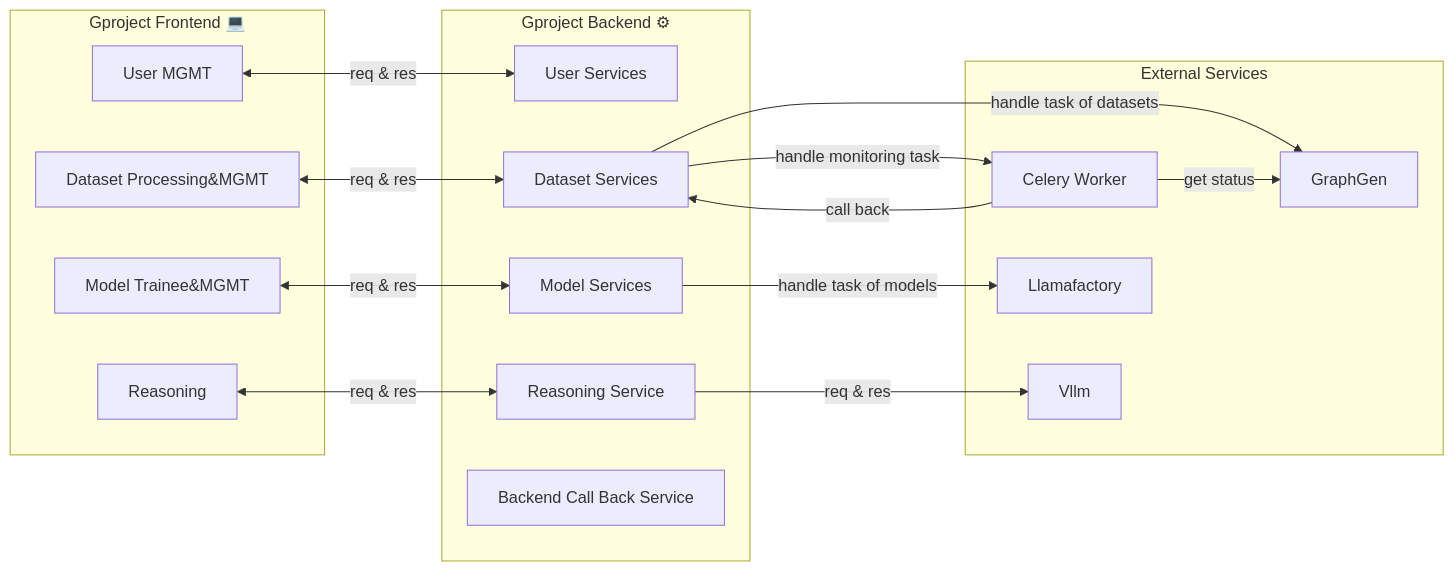
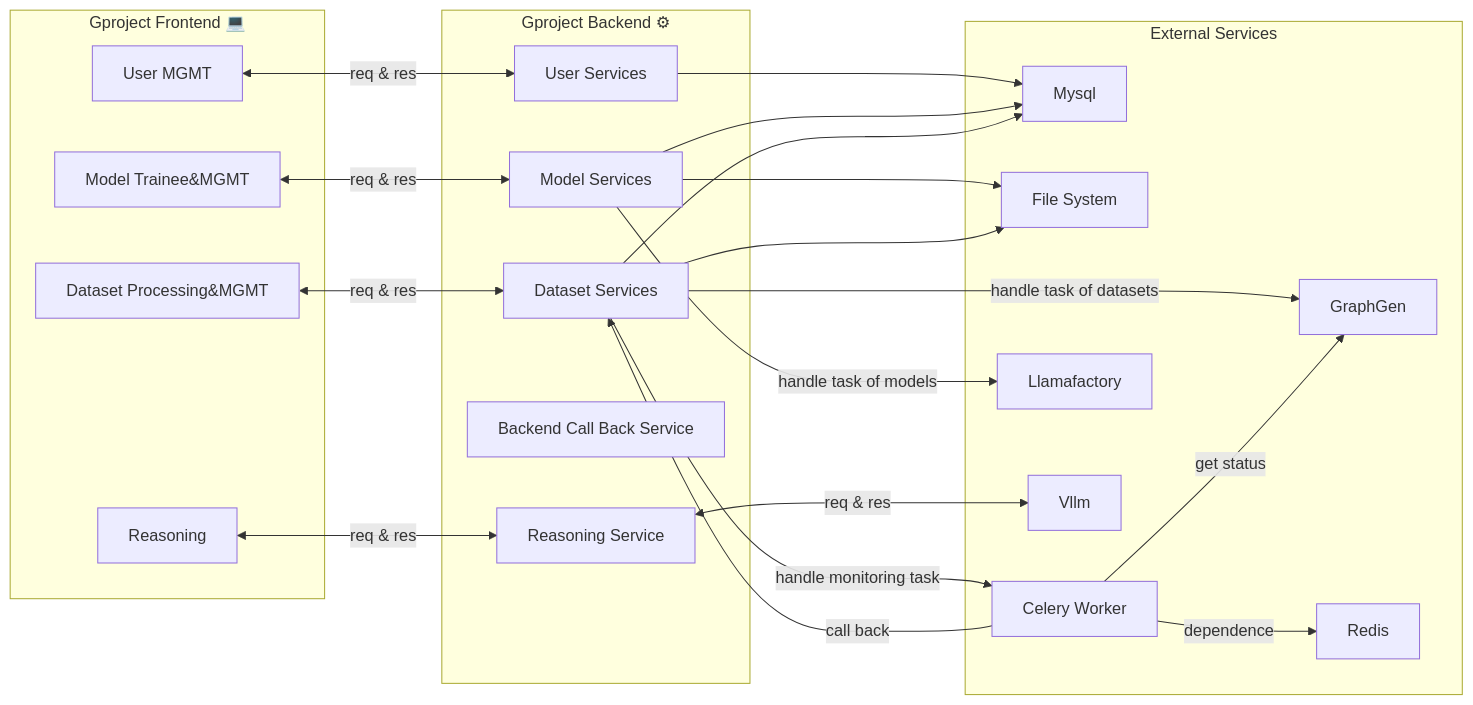
One commit to YuitoAoi/Gproject changed the diagram in README.md. Above: the diagram before and after it, drawn with Mermaid. The commit also changed other lines of this file and 1 other file, not shown here.

Commit message:
docs: 新增CONTRIBUTING，修改了README架构示意图

````diff
--- a/README.md
+++ b/README.md
@@ -25,37 +25,51 @@
 ```mermaid
 graph LR
     subgraph frontend[Gproject Frontend 💻]
         user[User MGMT]
         dataset[Dataset Processing&MGMT]
         model[Model Trainee&MGMT]
         reasoning[Reasoning]
     end
     
     subgraph backend[Gproject Backend ⚙]
+    
         user-services[User Services]
         dataset-services[Dataset Services]
+        
         model-services[Model Services]
+        inner-api[Backend Call Back Service]
         reasoning-service[Reasoning Service]
-        inner-api[Backend Call Back Service]
+        
     end
 
     subgraph external-services[External Services]
+        graphgen[GraphGen]
+        redis[Redis]
+        
+        mysql[Mysql]
+        file-system[File System]
         celery-worker[Celery Worker]
         llamafactory[Llamafactory]
-        graphgen[GraphGen]
+        
         vllm[Vllm]
     end
+
+    user-services --> mysql
+    model-services --> mysql
+    model-services --> file-system
+    dataset-services --> mysql
+    dataset-services --> file-system
 
     user <--req & res--> user-services
     dataset <--req & res--> dataset-services
     model <--req & res--> model-services
     reasoning <--req & res--> reasoning-service
-    reasoning-service --req & res--> vllm
-    model-services --handle task of models--> llamafactory
-    dataset-services --handle task of datasets--> graphgen
+    reasoning-service <--req & res--> vllm
+    model-services --handle task of models --> llamafactory
+    dataset-services --handle task of datasets --> graphgen
     dataset-services --handle monitoring task--> celery-worker
     celery-worker --get status--> graphgen
     celery-worker --call back--> dataset-services
-    
+    celery-worker --dependence--> redis
     
 ```
````
